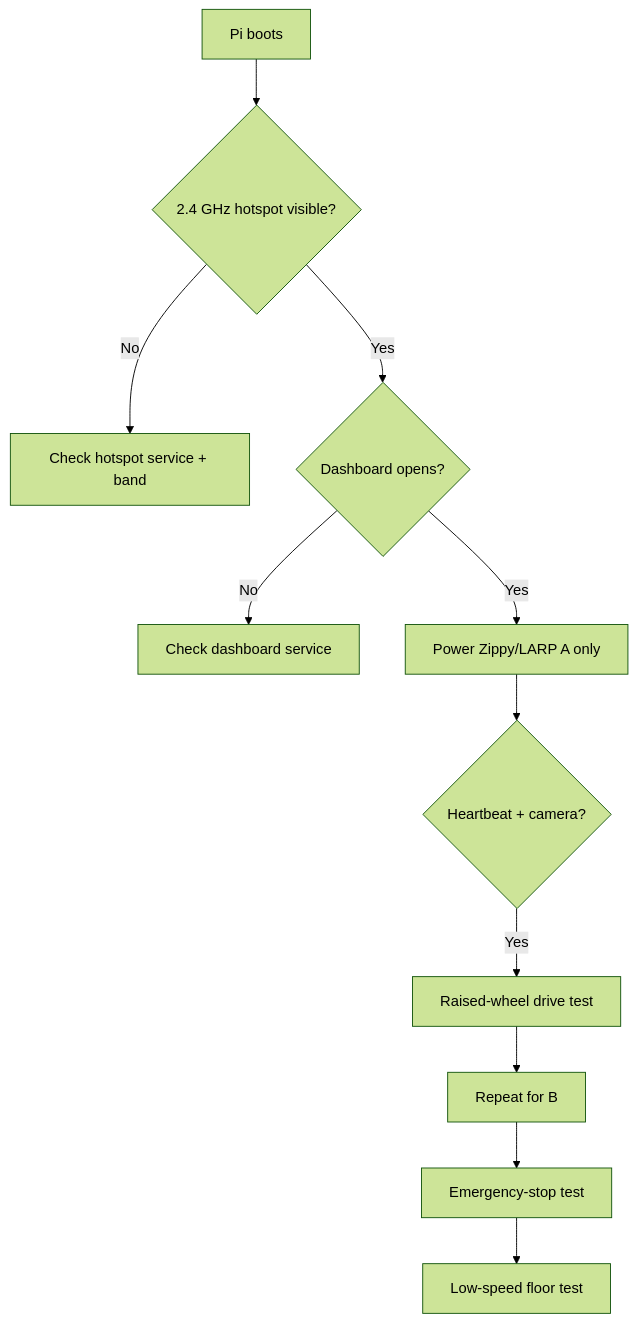
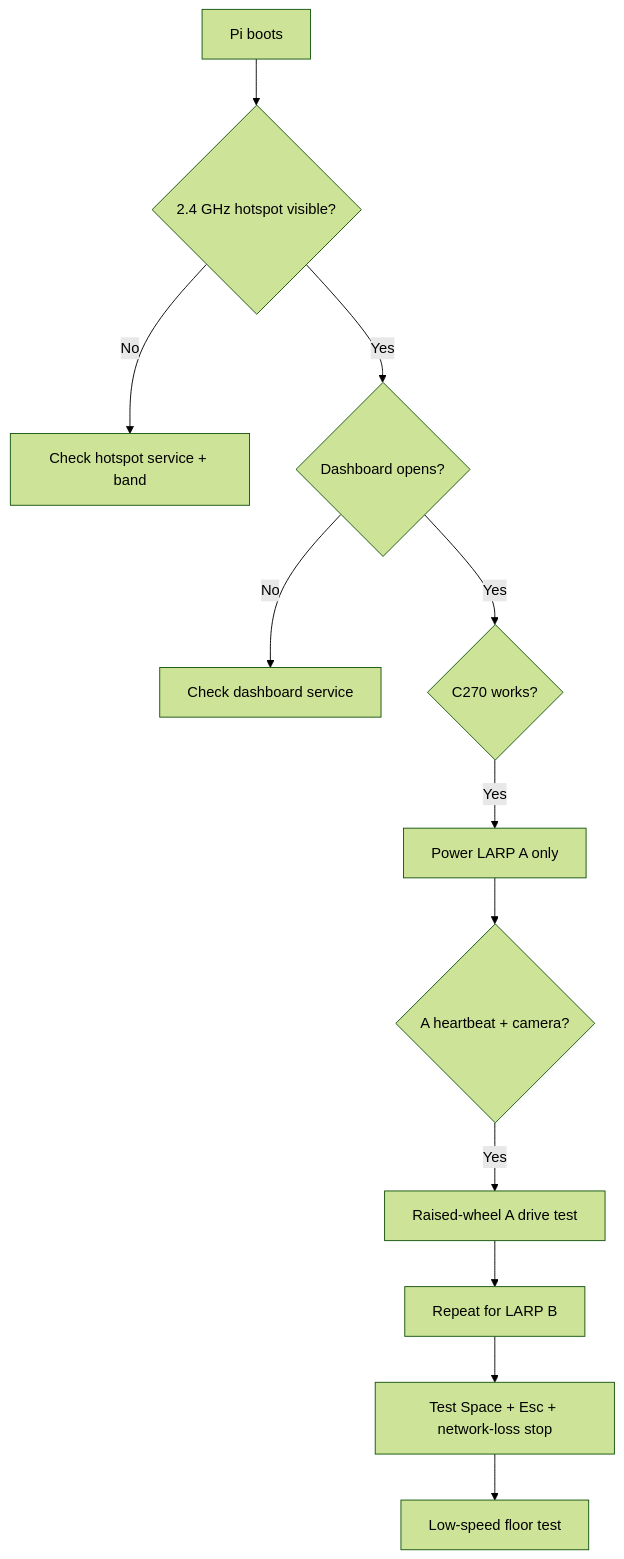
One commit to william-thompsonthe1st/STEM-Research-Academy changed the ninth of 9 diagrams in README.md. Above: the diagram before and after it, drawn with Mermaid (forest theme). The commit also changed other lines of this file, not shown here.

````diff
--- a/README.md
+++ b/README.md
@@ -217,13 +329,14 @@
 ```mermaid
 flowchart TD
     P["Pi boots"] --> H{"2.4 GHz hotspot visible?"}
     H -- No --> HS["Check hotspot service + band"]
     H -- Yes --> D{"Dashboard opens?"}
     D -- No --> DS["Check dashboard service"]
-    D -- Yes --> A["Power Zippy/LARP A only"]
-    A --> AH{"Heartbeat + camera?"}
-    AH -- Yes --> AT["Raised-wheel drive test"]
-    AT --> B["Repeat for B"]
-    B --> ALL["Emergency-stop test"]
+    D -- Yes --> C{"C270 works?"}
+    C -- Yes --> A["Power LARP A only"]
+    A --> AH{"A heartbeat + camera?"}
+    AH -- Yes --> AT["Raised-wheel A drive test"]
+    AT --> B["Repeat for LARP B"]
+    B --> ALL["Test Space + Esc + network-loss stop"]
     ALL --> FLOOR["Low-speed floor test"]
 ```
````
